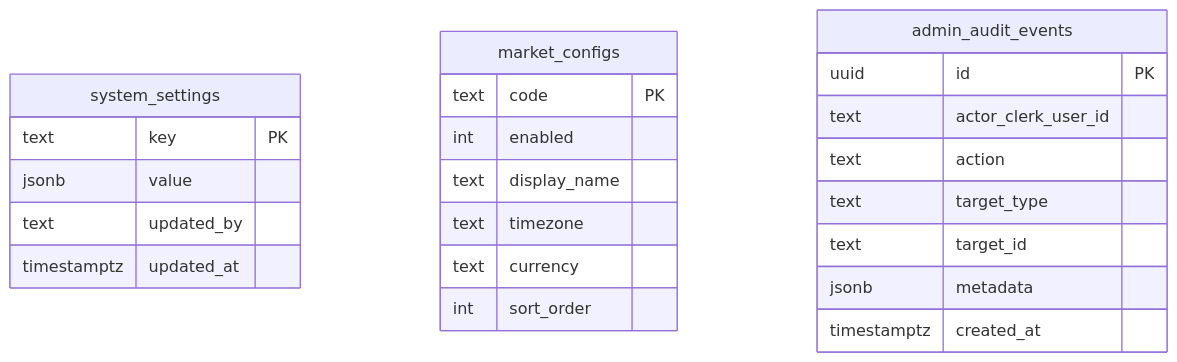
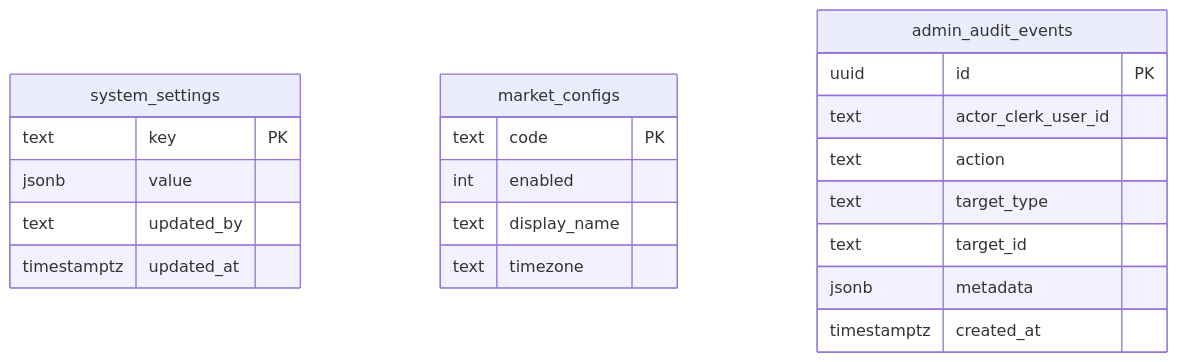
The eighth of 9 diagrams in tg-web/docs/DATABASE_DICTIONARY.md (hypier/tradingagents-report), drawn with Mermaid before and after one commit. The commit also changed other lines of this file and 15 other files, not shown here.

````diff
--- a/tg-web/docs/DATABASE_DICTIONARY.md
+++ b/tg-web/docs/DATABASE_DICTIONARY.md
@@ -255,28 +255,26 @@
 ```mermaid
 erDiagram
     system_settings {
         text key PK
         jsonb value
         text updated_by
         timestamptz updated_at
     }
 
     market_configs {
         text code PK
         int enabled
         text display_name
         text timezone
-        text currency
-        int sort_order
     }
 
     admin_audit_events {
         uuid id PK
         text actor_clerk_user_id
         text action
         text target_type
         text target_id
         jsonb metadata
         timestamptz created_at
     }
 ```
````
